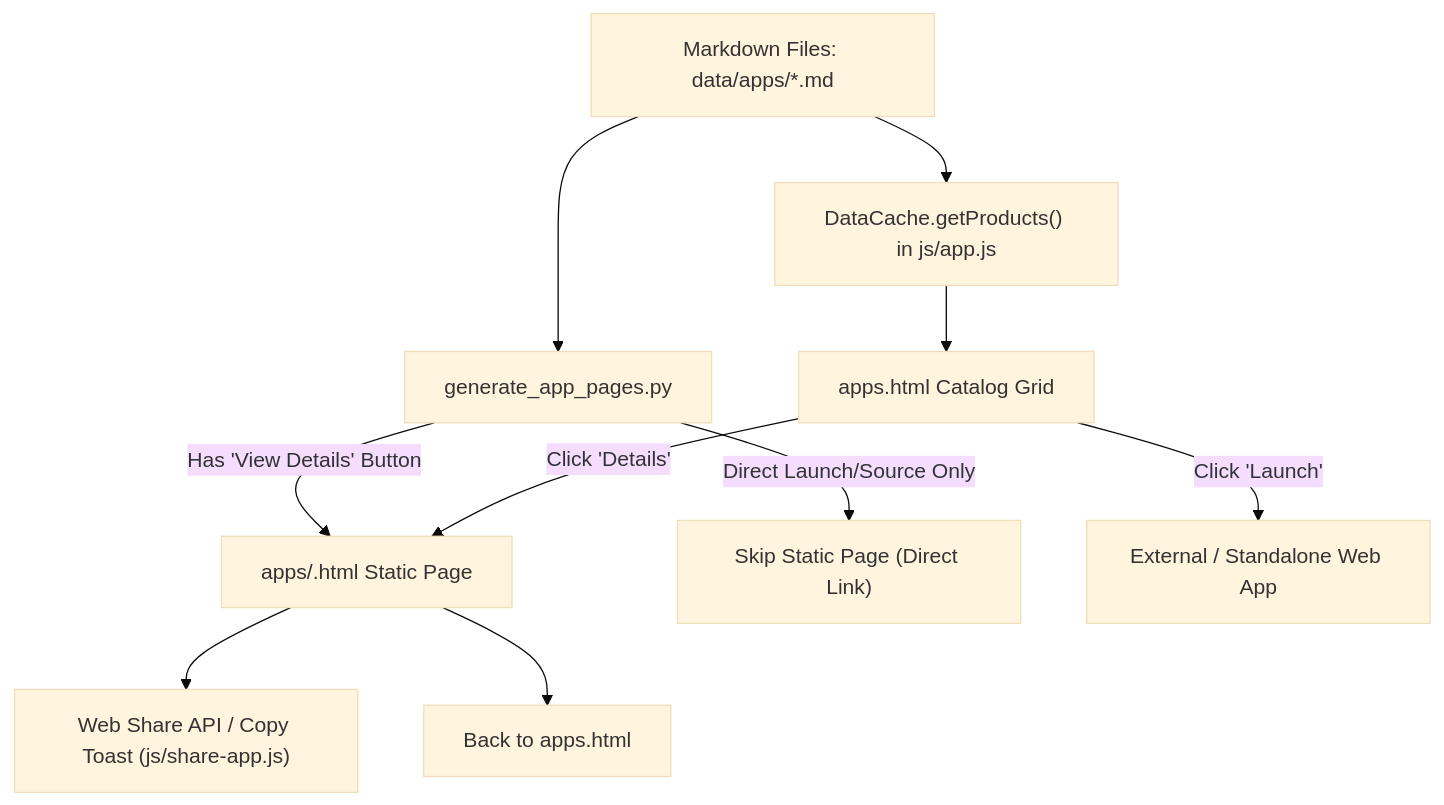
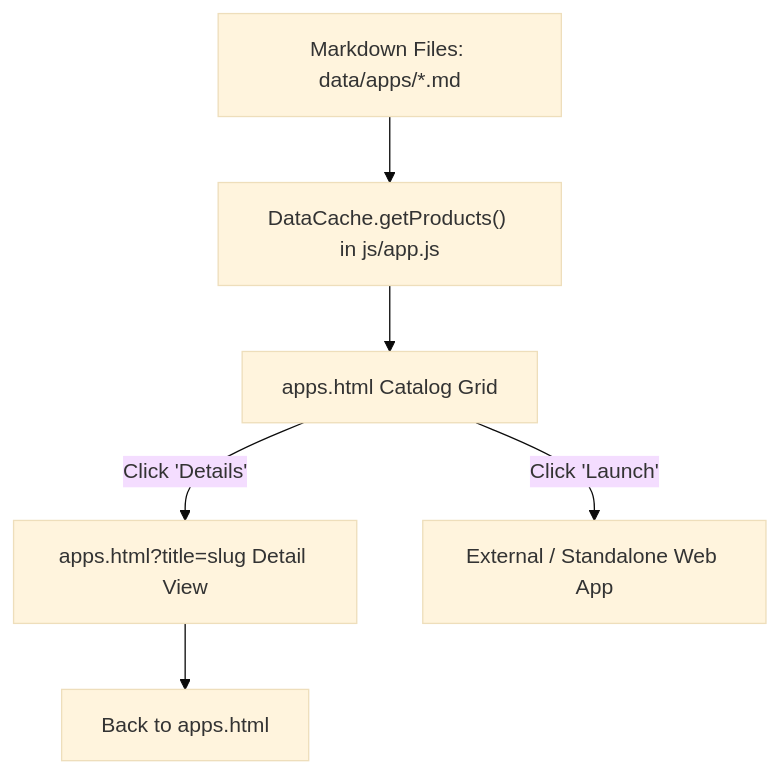
Before and after one commit to EG1DOTIN/eg1.in: the first of 2 diagrams in docs/pages/details-apps.md, drawn with Mermaid (base theme). The commit also changed other lines of this file and 11 other files, not shown here.

First line of the commit message:
feat(apps): add pyEGClamUI app, automate slug sync pipeline, and bump version to v3.7.0

````diff
--- a/docs/pages/details-apps.md
+++ b/docs/pages/details-apps.md
@@ -52,15 +51,8 @@
 ```mermaid
 flowchart TD
     MD["Markdown Files: data/apps/*.md"] --> Engine["DataCache.getProducts() in js/app.js"]
-    MD --> Gen["generate_app_pages.py"]
-
-    Gen -->|"Has 'View Details' Button"| StaticApp["apps/<slug>.html Static Page"]
-    Gen -->|"Direct Launch/Source Only"| Skip["Skip Static Page (Direct Link)"]
-
     Engine --> Catalog["apps.html Catalog Grid"]
-    Catalog -->|"Click 'Details'"| StaticApp
+    Catalog -->|"Click 'Details'"| DetailView["apps.html?title=slug Detail View"]
     Catalog -->|"Click 'Launch'"| WebApp["External / Standalone Web App"]
-
-    StaticApp --> Share["Web Share API / Copy Toast (js/share-app.js)"]
-    StaticApp --> Back["Back to apps.html"]
+    DetailView --> Back["Back to apps.html"]
 ```
````
